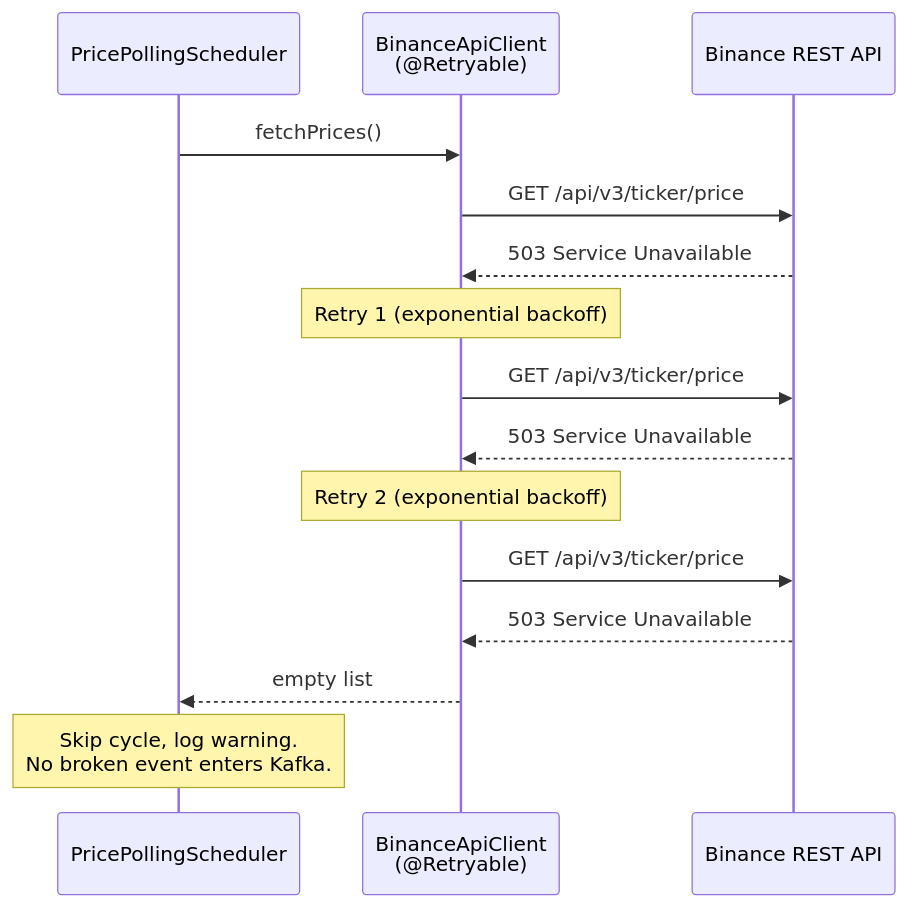
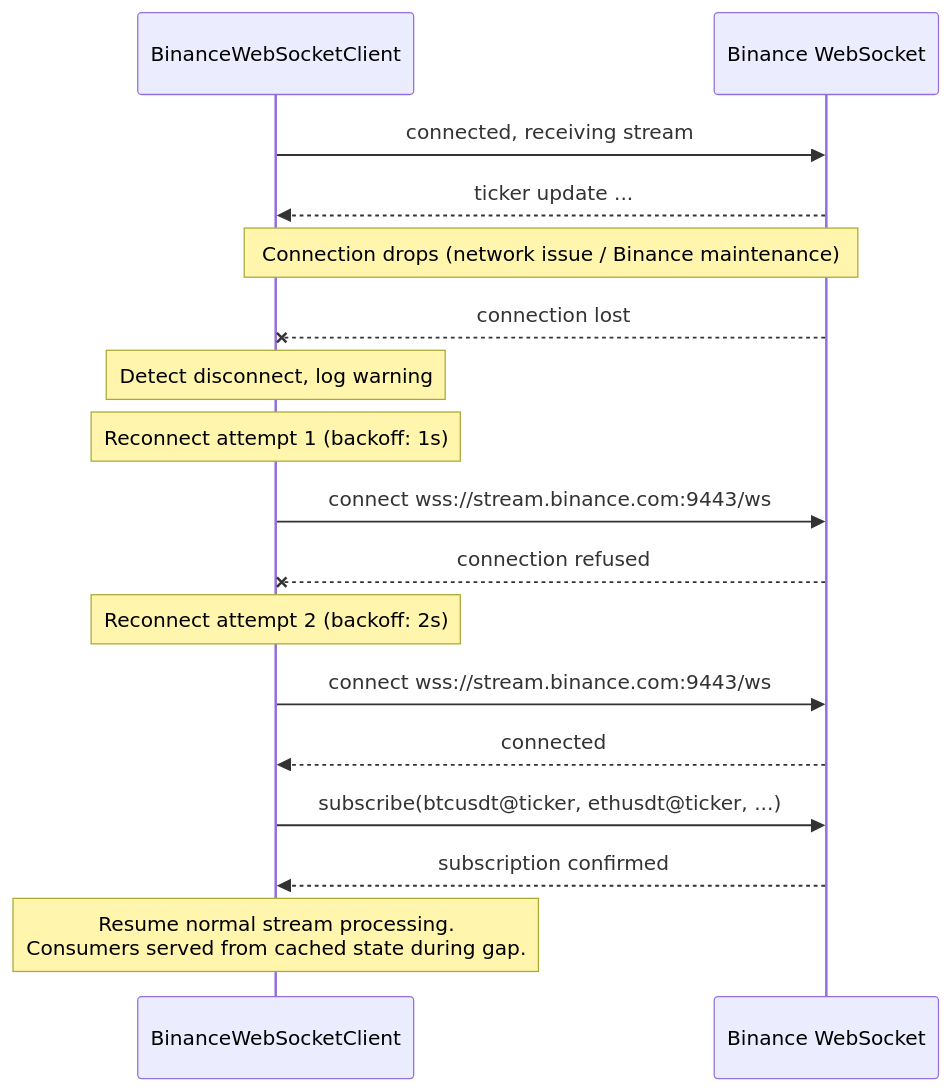
The second of 3 diagrams in docs/diagrams/sequence-event-flow.md (cyrilgabriele/EDPO-Project-FS26), drawn with Mermaid before and after one commit. The commit also changed other lines of this file and 20 other files, not shown here.

Commit message:
roll back binance polling to streaming

````diff
--- a/docs/diagrams/sequence-event-flow.md
+++ b/docs/diagrams/sequence-event-flow.md
@@ -44,21 +44,24 @@
 ```mermaid
 sequenceDiagram
-    participant Scheduler as PricePollingScheduler
-    participant Client as BinanceApiClient<br/>(@Retryable)
-    participant Binance as Binance REST API
+    participant WSClient as BinanceWebSocketClient
+    participant Binance as Binance WebSocket
 
-    Scheduler->>Client: fetchPrices()
-    Client->>Binance: GET /api/v3/ticker/price
-    Binance-->>Client: 503 Service Unavailable
+    WSClient->>Binance: connected, receiving stream
+    Binance-->>WSClient: ticker update ...
 
-    Note over Client: Retry 1 (exponential backoff)
-    Client->>Binance: GET /api/v3/ticker/price
-    Binance-->>Client: 503 Service Unavailable
+    Note over Binance,WSClient: Connection drops (network issue / Binance maintenance)
+    Binance--xWSClient: connection lost
 
-    Note over Client: Retry 2 (exponential backoff)
-    Client->>Binance: GET /api/v3/ticker/price
-    Binance-->>Client: 503 Service Unavailable
+    Note over WSClient: Detect disconnect, log warning
+    Note over WSClient: Reconnect attempt 1 (backoff: 1s)
+    WSClient->>Binance: connect wss://stream.binance.com:9443/ws
+    Binance--xWSClient: connection refused
 
-    Client-->>Scheduler: empty list
-    Note over Scheduler: Skip cycle, log warning.<br/>No broken event enters Kafka.
+    Note over WSClient: Reconnect attempt 2 (backoff: 2s)
+    WSClient->>Binance: connect wss://stream.binance.com:9443/ws
+    Binance-->>WSClient: connected
+
+    WSClient->>Binance: subscribe(btcusdt@ticker, ethusdt@ticker, ...)
+    Binance-->>WSClient: subscription confirmed
+    Note over WSClient: Resume normal stream processing.<br/>Consumers served from cached state during gap.
 ```
````
